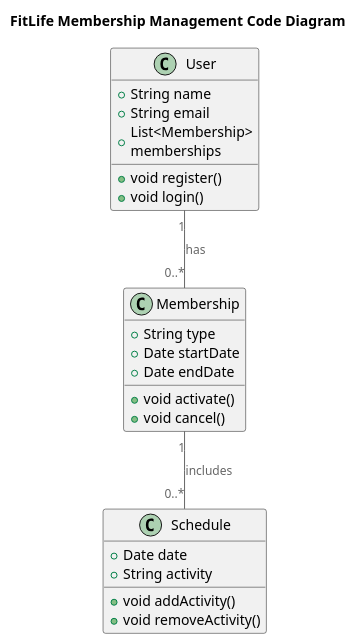
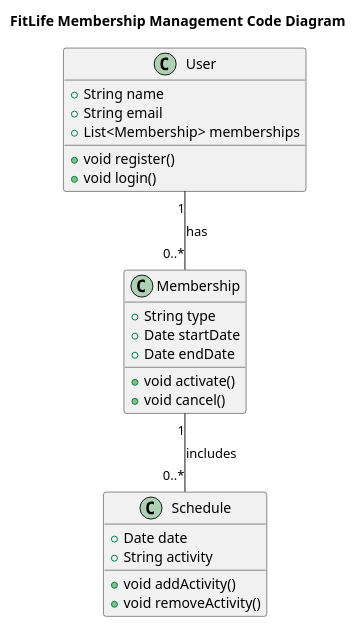
One commit to maxoness/lab-works changed the diagram in sprint-3/lab1-plantuml-c4/diagrams/code/Code.puml. Above: the diagram before and after it, drawn with PlantUML. The commit also changed 47 other files, not shown here.

```diff
--- a/sprint-3/lab1-plantuml-c4/diagrams/code/Code.puml
+++ b/sprint-3/lab1-plantuml-c4/diagrams/code/Code.puml
@@ -1,34 +1,32 @@
 @startuml
 title FitLife Membership Management Code Diagram
 
 top to bottom direction
-
-!include <C4/C4>
 
 class User {
   +String name
   +String email
   +List<Membership> memberships
   +void register()
   +void login()
 }
 
 class Membership {
   +String type
   +Date startDate
   +Date endDate
   +void activate()
   +void cancel()
 }
 
 class Schedule {
   +Date date
   +String activity
   +void addActivity()
   +void removeActivity()
 }
 
 User "1" -- "0..*" Membership : has
 Membership "1" -- "0..*" Schedule : includes
 
 @enduml
```
